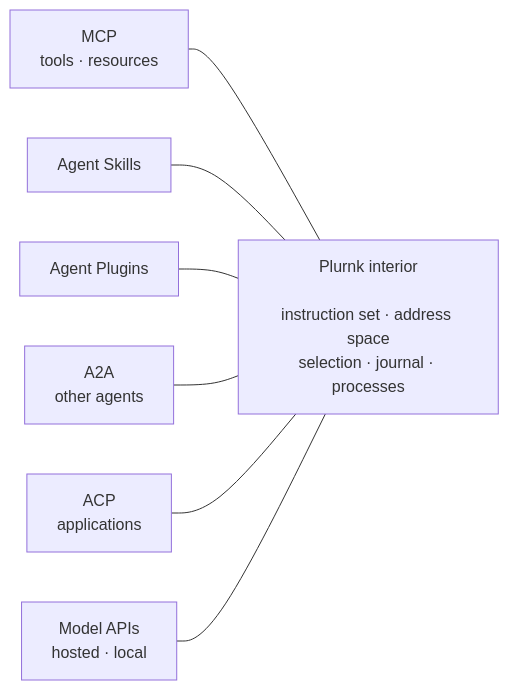
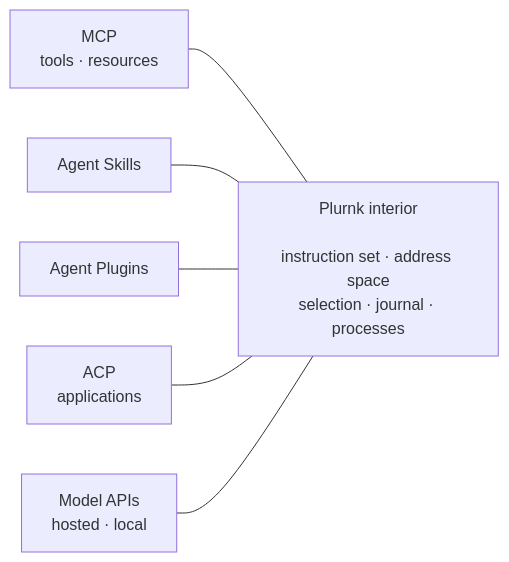
The diagram in PLURNK.md (plurnk/plurnk-service), drawn with Mermaid before and after one commit. The commit also changed other lines of this file and 126 other files, not shown here.

````diff
--- a/PLURNK.md
+++ b/PLURNK.md
@@ -326,10 +325,9 @@
 ```mermaid
 flowchart LR
     MCP["MCP<br/>tools · resources"] --- core
     SKILLS["Agent Skills"] --- core
     PLUGINS["Agent Plugins"] --- core
-    A2A["A2A<br/>other agents"] --- core
     ACP["ACP<br/>applications"] --- core
     MODELS["Model APIs<br/>hosted · local"] --- core
     core["Plurnk interior<br/><br/>instruction set · address space<br/>selection · journal · processes"]
 ```
````
